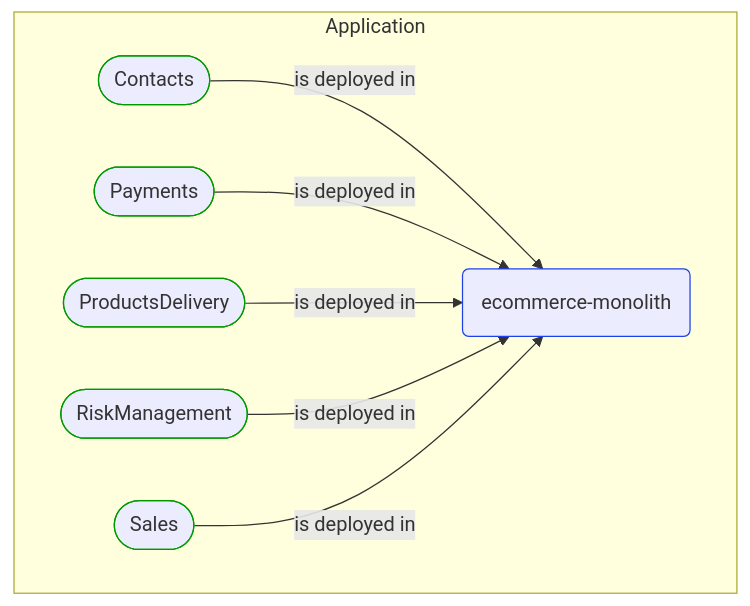
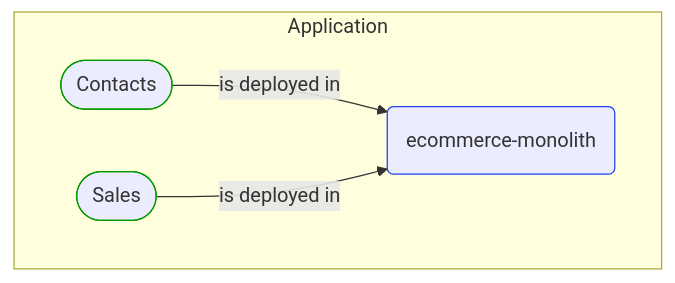
One commit to itlibrium/DDD-starter-dotnet changed the first of 2 diagrams in Docs/P3/MermaidOutput/DeployableUnits/ecommerce-monolith.md. Above: the diagram before and after it, drawn with Mermaid. The commit also changed other lines of this file and 174 other files, not shown here.

````diff
--- a/Docs/P3/MermaidOutput/DeployableUnits/ecommerce-monolith.md
+++ b/Docs/P3/MermaidOutput/DeployableUnits/ecommerce-monolith.md
@@ -17,25 +17,16 @@
 ```mermaid
   flowchart TB
     subgraph 0["Application"]
       1(ecommerce-monolith)
       class 1 TechnologyPerspective
       2([Contacts])
       class 2 DomainPerspective
       2-->|is deployed in|1
-      3([Payments])
+      3([Sales])
       class 3 DomainPerspective
       3-->|is deployed in|1
-      4([ProductsDelivery])
-      class 4 DomainPerspective
-      4-->|is deployed in|1
-      5([RiskManagement])
-      class 5 DomainPerspective
-      5-->|is deployed in|1
-      6([Sales])
-      class 6 DomainPerspective
-      6-->|is deployed in|1
     end
     classDef DomainPerspective stroke:#009900
     classDef TechnologyPerspective stroke:#1F41EB
     classDef PeoplePerspective stroke:#FFF014
 ```
````
